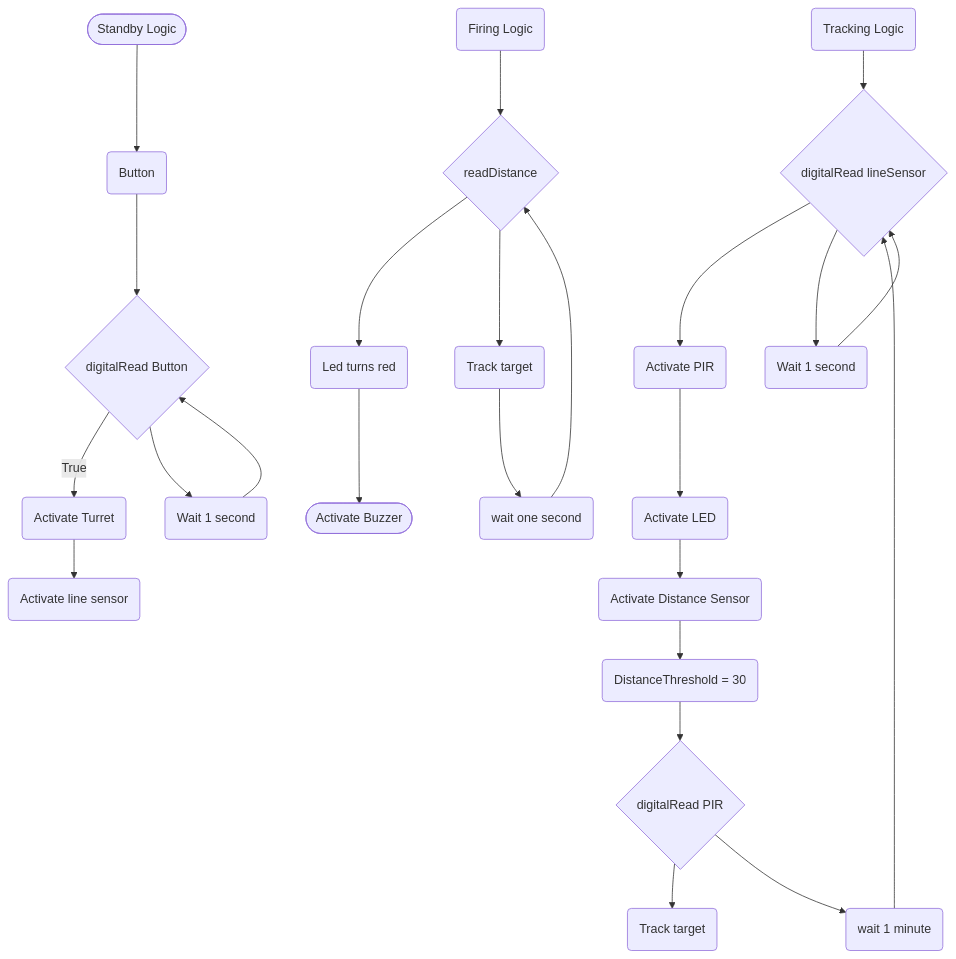
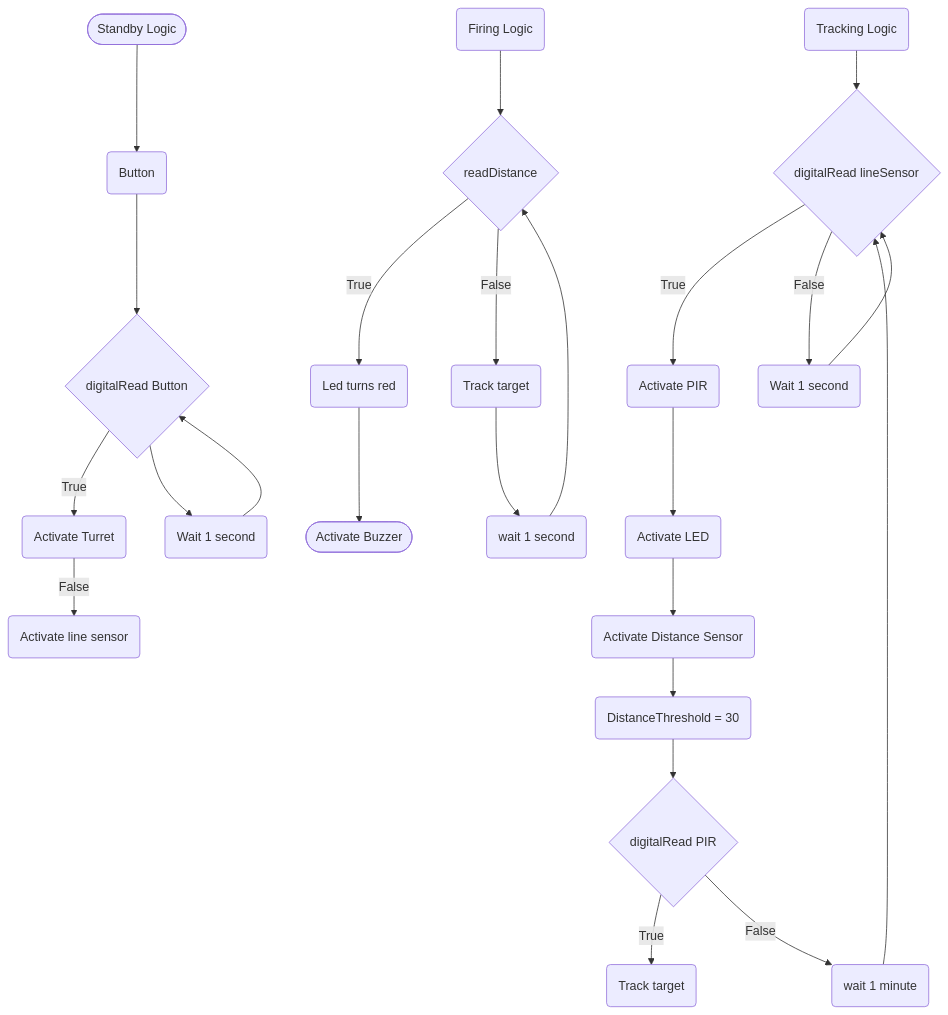
The diagram in logic.md (Zac2259/Smart-Turret), drawn with Mermaid before and after one commit.

````diff
--- a/logic.md
+++ b/logic.md
@@ -1,52 +1,52 @@
  ```mermaid
  flowchart TD
  %%standby logic
 terminalStart([Standby Logic])
  terminalEnd([Activate Buzzer])
  Button(Button)
 Buttontrigger{digitalRead Button}
 activateturret(Activate Turret)
 activatesensor(Activate line sensor)
 loop(Wait 1 second)
 %%Tracking logic
 Tracking(Tracking Logic)
 Readline{digitalRead lineSensor}
 activatepir(Activate PIR)
 activatedistance(Activate Distance Sensor)
 activateLED(Activate LED)
 loop2(Wait 1 second)
 distance(DistanceThreshold = 30)
 ReadPIR{digitalRead PIR}
 track(Track target)
 loop3(wait 1 minute)
 %%Firing
 firelogic(Firing Logic)
 readdistance{readDistance}
 fire(Led turns red)
 Keeptrack(Track target)
-loop4(wait one second)
+loop4(wait 1 second)
 terminalStart --> Button
 Button --> Buttontrigger
 Buttontrigger --> |True| activateturret
-activateturret --> activatesensor
+activateturret --> |False| activatesensor
 Buttontrigger --> loop
 loop -->Buttontrigger
 Tracking --> Readline
-Readline --> activatepir
+Readline --> |True| activatepir
 activatepir --> activateLED
-Readline --> loop2
+Readline --> |False| loop2
 loop2 --> Readline
 activateLED --> activatedistance
 activatedistance --> distance
 distance --> ReadPIR
-ReadPIR --> track
-ReadPIR --> loop3
+ReadPIR --> |True| track
+ReadPIR --> |False| loop3
 loop3 --> Readline
 firelogic --> readdistance
-readdistance --> fire
+readdistance --> |True| fire
 fire --> terminalEnd
-readdistance --> Keeptrack
+readdistance --> |False| Keeptrack
 Keeptrack --> loop4 
 loop4 --> readdistance
 
  ```
````
